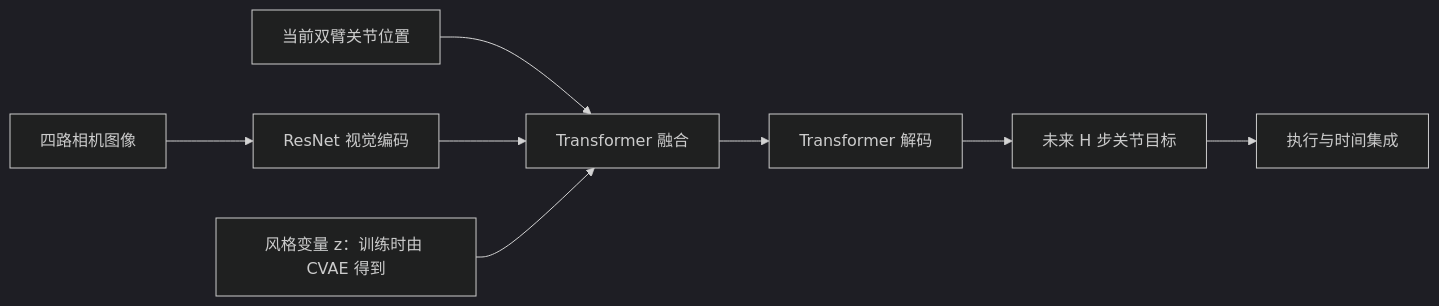
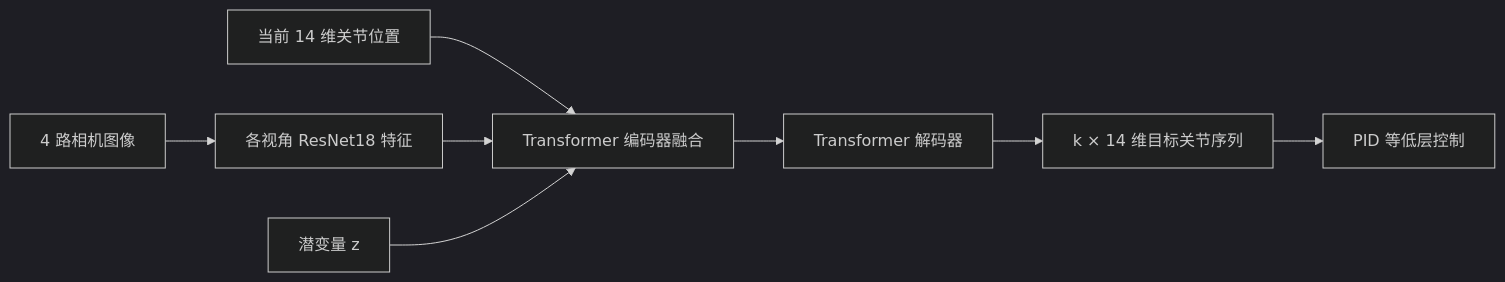
Before and after one commit to YangLee019/VLA-Learning: the first of 3 diagrams in 00-foundations/notes/01-ACT.md, drawn with Mermaid (dark theme). The commit also changed other lines of this file and 5 other files, not shown here.

````diff
--- a/00-foundations/notes/01-ACT.md
+++ b/00-foundations/notes/01-ACT.md
@@ -15,10 +15,10 @@
 ```mermaid
 flowchart LR
-    I[四路相机图像] --> V[ResNet 视觉编码]
-    Q[当前双臂关节位置] --> F[Transformer 融合]
-    V --> F
-    Z[风格变量 z：训练时由 CVAE 得到] --> F
-    F --> T[Transformer 解码]
-    T --> A[未来 H 步关节目标]
-    A --> E[执行与时间集成]
+    I[4 路相机图像] --> R[各视角 ResNet18 特征]
+    Q[当前 14 维关节位置] --> F[Transformer 编码器融合]
+    R --> F
+    Z[潜变量 z] --> F
+    F --> D[Transformer 解码器]
+    D --> A[k × 14 维目标关节序列]
+    A --> C[PID 等低层控制]
 ```
````
